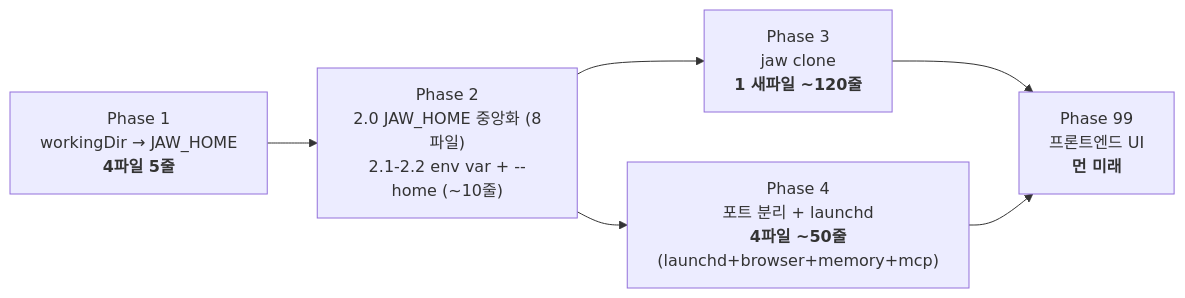
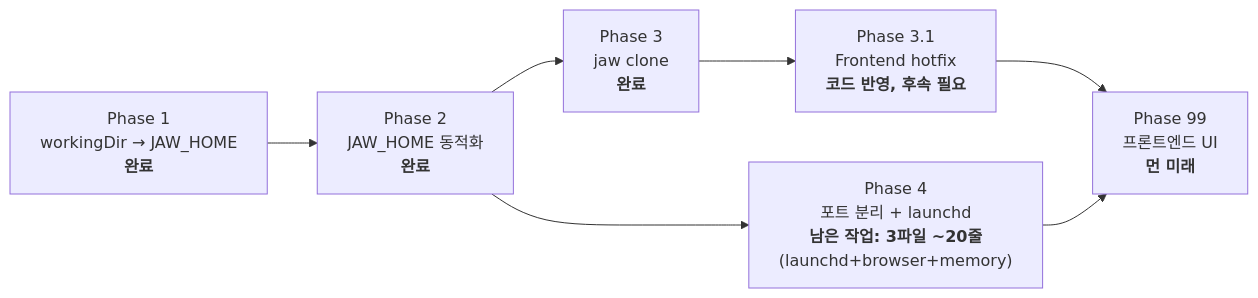
The second of 2 diagrams in devlog/260225_workdir_refactor/ROADMAP_multi_instance.md (lidge-jun/cli-jaw), drawn with Mermaid before and after one commit. The commit also changed other lines of this file and 4 other files, not shown here.

Commit message:
docs: Phase 4 complete — update PLAN, PHASE-4, test-plan, REVIEW, ROADMAP

````diff
--- a/devlog/260225_workdir_refactor/ROADMAP_multi_instance.md
+++ b/devlog/260225_workdir_refactor/ROADMAP_multi_instance.md
@@ -226,8 +242,9 @@
 ```mermaid
 flowchart LR
-    P1["Phase 1<br>workingDir → JAW_HOME<br><b>4파일 5줄</b>"] --> P2["Phase 2<br>2.0 JAW_HOME 중앙화 (8파일)<br>2.1-2.2 env var + --home (~10줄)"]
-    P2 --> P3["Phase 3<br>jaw clone<br><b>1 새파일 ~120줄</b>"]
-    P2 --> P4["Phase 4<br>포트 분리 + launchd<br><b>4파일 ~50줄</b><br>(launchd+browser+memory+mcp)"]
-    P3 --> P99["Phase 99<br>프론트엔드 UI<br><b>먼 미래</b>"]
+    P1["Phase 1<br>workingDir → JAW_HOME<br><b>완료</b>"] --> P2["Phase 2<br>JAW_HOME 동적화<br><b>완료</b>"]
+    P2 --> P3["Phase 3<br>jaw clone<br><b>완료</b>"]
+    P3 --> P31["Phase 3.1<br>Frontend hotfix<br><b>코드 반영, 후속 필요</b>"]
+    P2 --> P4["Phase 4<br>포트 분리 + launchd<br><b>남은 작업: 3파일 ~20줄</b><br>(launchd+browser+memory)"]
+    P31 --> P99["Phase 99<br>프론트엔드 UI<br><b>먼 미래</b>"]
     P4 --> P99
 ```
````
